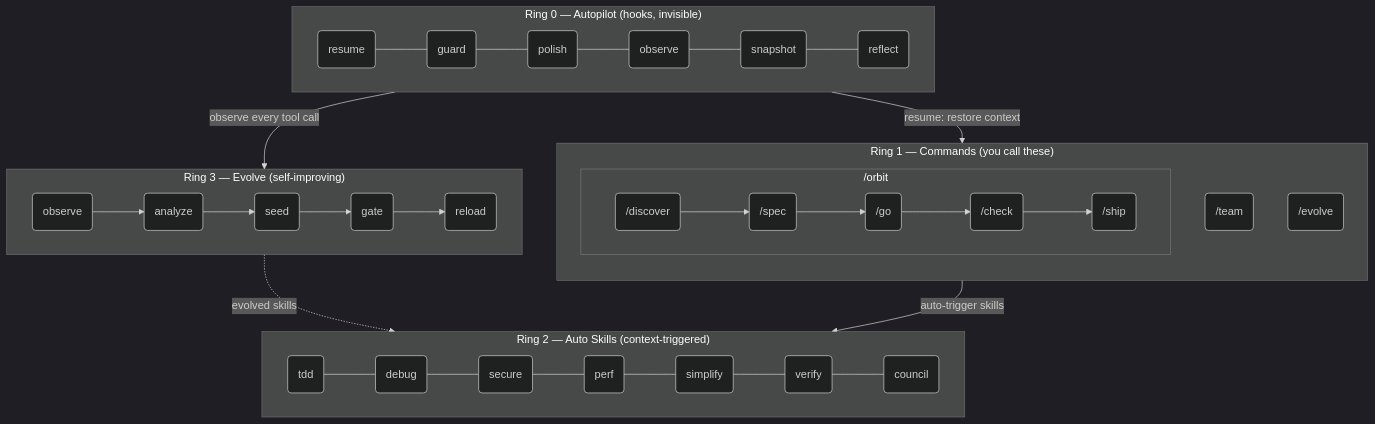
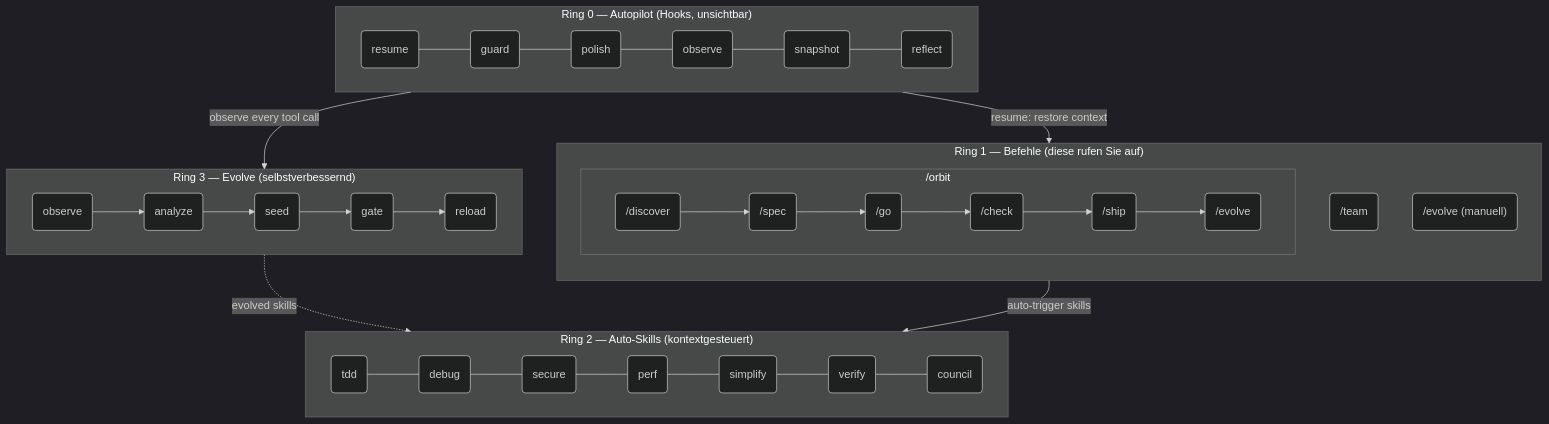
One commit to epicsagas/epic-harness changed the second of 2 diagrams in i18n/de/README.md. Above: the diagram before and after it, drawn with Mermaid (dark theme). The commit also changed other lines of this file and 9 other files, not shown here.

````diff
--- a/i18n/de/README.md
+++ b/i18n/de/README.md
@@ -430,32 +401,32 @@
 ```mermaid
 flowchart TB
-    subgraph R0["Ring 0 — Autopilot (hooks, invisible)"]
+    subgraph R0["Ring 0 — Autopilot (Hooks, unsichtbar)"]
         direction LR
         h1(resume) --- h2(guard) --- h3(polish) --- h4(observe) --- h5(snapshot) --- h6(reflect)
     end
 
-    subgraph R1["Ring 1 — Commands (you call these)"]
+    subgraph R1["Ring 1 — Befehle (diese rufen Sie auf)"]
         direction TB
         subgraph orbit_wrap["  /orbit  "]
             direction LR
-            c1("/discover") --> c2("/spec") --> c3("/go") --> c4("/check") --> c5("/ship")
+            c1("/discover") --> c2("/spec") --> c3("/go") --> c4("/check") --> c5("/ship") --> c6("/evolve")
         end
-        c6("/team")
-        c7("/evolve")
+        c7("/team")
+        c8("/evolve (manuell)")
     end
 
-    subgraph R2["Ring 2 — Auto Skills (context-triggered)"]
+    subgraph R2["Ring 2 — Auto-Skills (kontextgesteuert)"]
         direction LR
         s1(tdd) --- s2(debug) --- s3(secure) --- s4(perf) --- s5(simplify) --- s6(verify) --- s7(council)
     end
 
-    subgraph R3["Ring 3 — Evolve (self-improving)"]
+    subgraph R3["Ring 3 — Evolve (selbstverbessernd)"]
         direction LR
         e1(observe) --> e2(analyze) --> e3(seed) --> e4(gate) --> e5(reload)
     end
 
     R0 -->|"observe every tool call"| R3
     R3 -.->|"evolved skills"| R2
     R1 -->|"auto-trigger skills"| R2
     R0 -->|"resume: restore context"| R1
 ```
````
